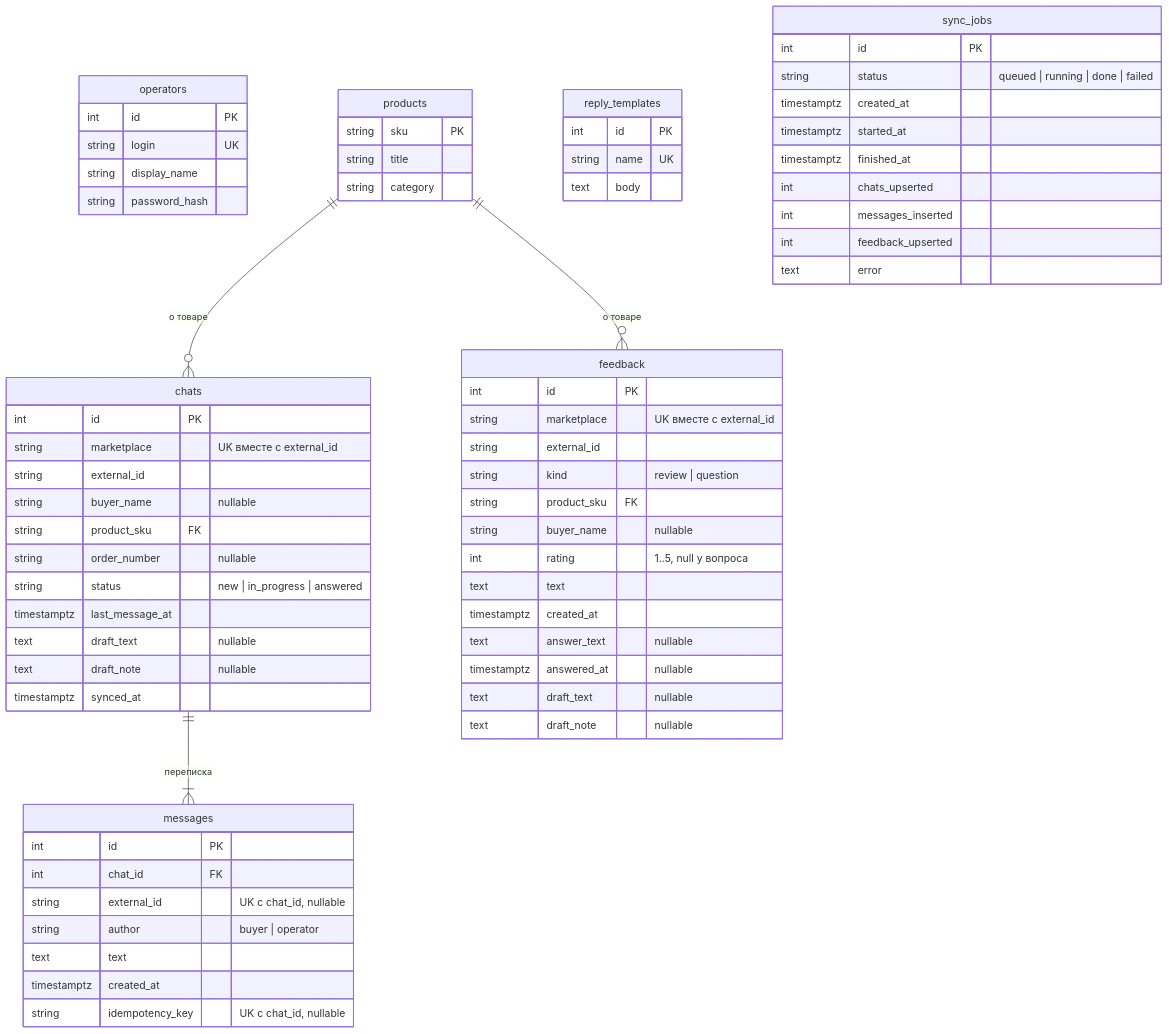
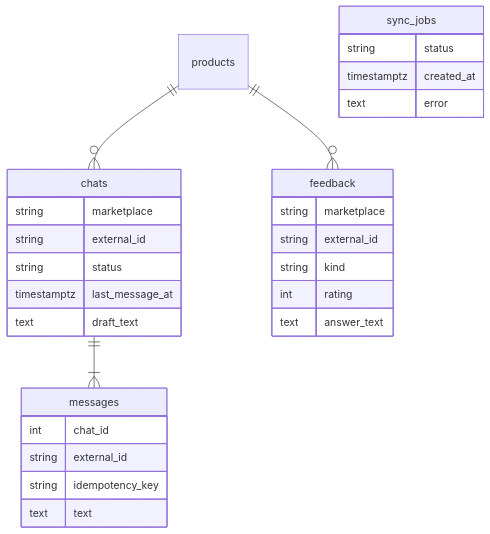
The diagram in projects/01-sellerdesk/docs/03-design/er.md (Georgy213123/ai-product-engineering), drawn with Mermaid before and after one commit. The commit also changed other lines of this file and 16 other files, not shown here.

````diff
--- a/projects/01-sellerdesk/docs/03-design/er.md
+++ b/projects/01-sellerdesk/docs/03-design/er.md
@@ -3,71 +3,31 @@
 ```mermaid
 erDiagram
-    operators {
-        int id PK
-        string login UK
-        string display_name
-        string password_hash
-    }
-    products {
-        string sku PK
-        string title
-        string category
-    }
+    products ||--o{ chats : ""
+    products ||--o{ feedback : ""
+    chats ||--|{ messages : ""
     chats {
-        int id PK
-        string marketplace "UK вместе с external_id"
+        string marketplace
         string external_id
-        string buyer_name "nullable"
-        string product_sku FK
-        string order_number "nullable"
-        string status "new | in_progress | answered"
+        string status
         timestamptz last_message_at
-        text draft_text "nullable"
-        text draft_note "nullable"
-        timestamptz synced_at
+        text draft_text
     }
     messages {
-        int id PK
-        int chat_id FK
-        string external_id "UK с chat_id, nullable"
-        string author "buyer | operator"
+        int chat_id
+        string external_id
+        string idempotency_key
         text text
-        timestamptz created_at
-        string idempotency_key "UK с chat_id, nullable"
     }
     feedback {
-        int id PK
-        string marketplace "UK вместе с external_id"
+        string marketplace
         string external_id
-        string kind "review | question"
-        string product_sku FK
-        string buyer_name "nullable"
-        int rating "1..5, null у вопроса"
-        text text
-        timestamptz created_at
-        text answer_text "nullable"
-        timestamptz answered_at "nullable"
-        text draft_text "nullable"
-        text draft_note "nullable"
-    }
-    reply_templates {
-        int id PK
-        string name UK
-        text body
+        string kind
+        int rating
+        text answer_text
     }
     sync_jobs {
-        int id PK
-        string status "queued | running | done | failed"
+        string status
         timestamptz created_at
-        timestamptz started_at
-        timestamptz finished_at
-        int chats_upserted
-        int messages_inserted
-        int feedback_upserted
         text error
     }
-
-    products ||--o{ chats : "о товаре"
-    products ||--o{ feedback : "о товаре"
-    chats ||--|{ messages : "переписка"
 ```
````
